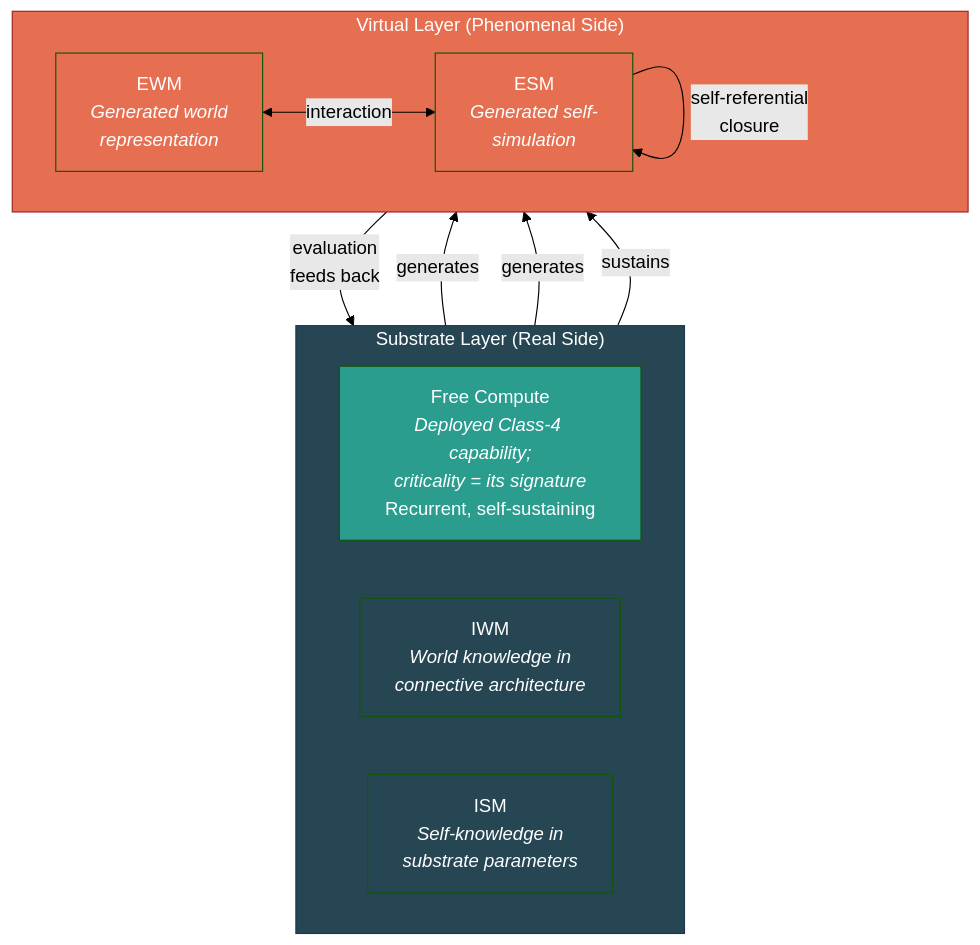
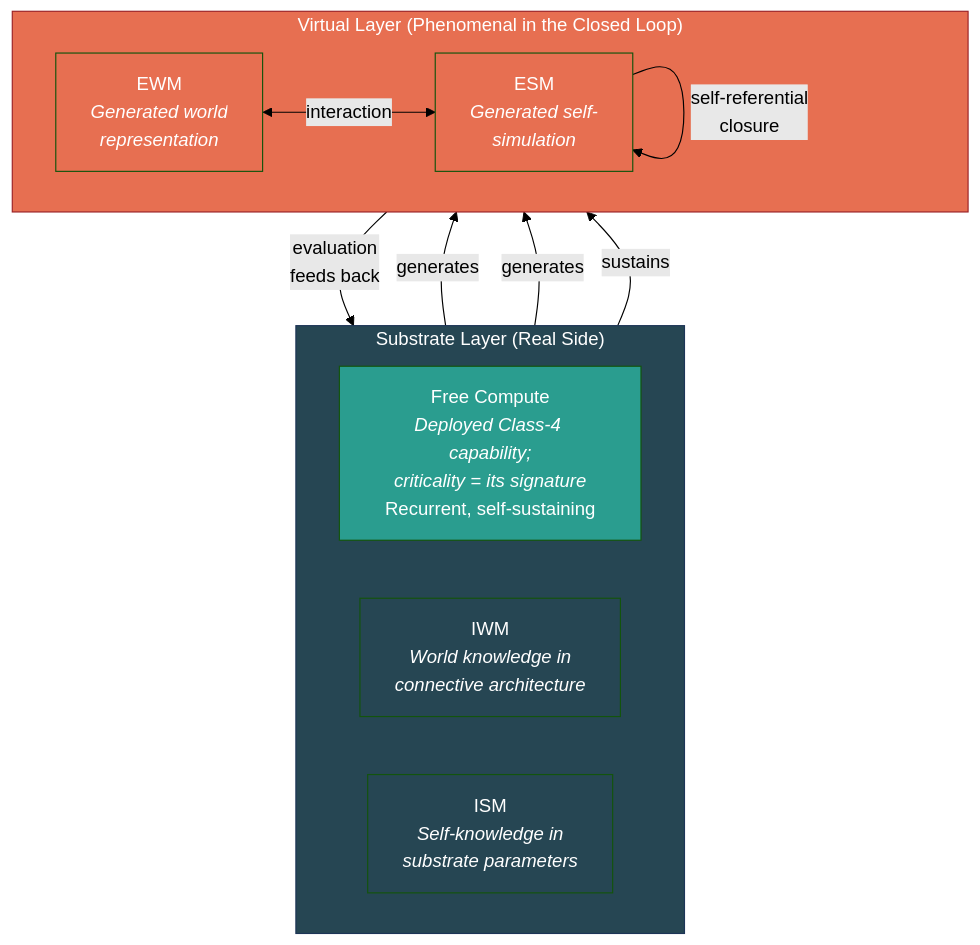
One commit to JeltzProstetnic/aIware changed the diagram in wiki/ai-consciousness/engineering-specification.md. Above: the diagram before and after it, drawn with Mermaid (forest theme). The commit also changed other lines of this file and 366 other files, not shown here.

````diff
--- a/wiki/ai-consciousness/engineering-specification.md
+++ b/wiki/ai-consciousness/engineering-specification.md
@@ -52,31 +52,31 @@
 ```mermaid
 graph TB
     subgraph substrate["Substrate Layer (Real Side)"]
         direction LR
         CRIT["Free Compute<br/><i>Deployed Class-4 capability;<br/>criticality = its signature</i><br/>Recurrent, self-sustaining"]
         IWM["IWM<br/><i>World knowledge in<br/>connective architecture</i>"]
         ISM["ISM<br/><i>Self-knowledge in<br/>substrate parameters</i>"]
     end
 
-    subgraph virtual["Virtual Layer (Phenomenal Side)"]
+    subgraph virtual["Virtual Layer (Phenomenal in the Closed Loop)"]
         direction LR
         EWM["EWM<br/><i>Generated world<br/>representation</i>"]
         ESM["ESM<br/><i>Generated self-<br/>simulation</i>"]
     end
 
     CRIT -->|"sustains"| virtual
     IWM -->|"generates"| EWM
     ISM -->|"generates"| ESM
     ESM -->|"self-referential<br/>closure"| ESM
     EWM <-->|"interaction"| ESM
 
     virtual -->|"evaluation<br/>feeds back"| substrate
 
     style substrate fill:#264653,color:#fff,stroke:#1d3557
     style virtual fill:#e76f51,color:#fff,stroke:#9b2226
     style CRIT fill:#2a9d8f,color:#fff
     style IWM fill:#264653,color:#fff
     style ISM fill:#264653,color:#fff
     style EWM fill:#e76f51,color:#fff
     style ESM fill:#e76f51,color:#fff
 ```
````
